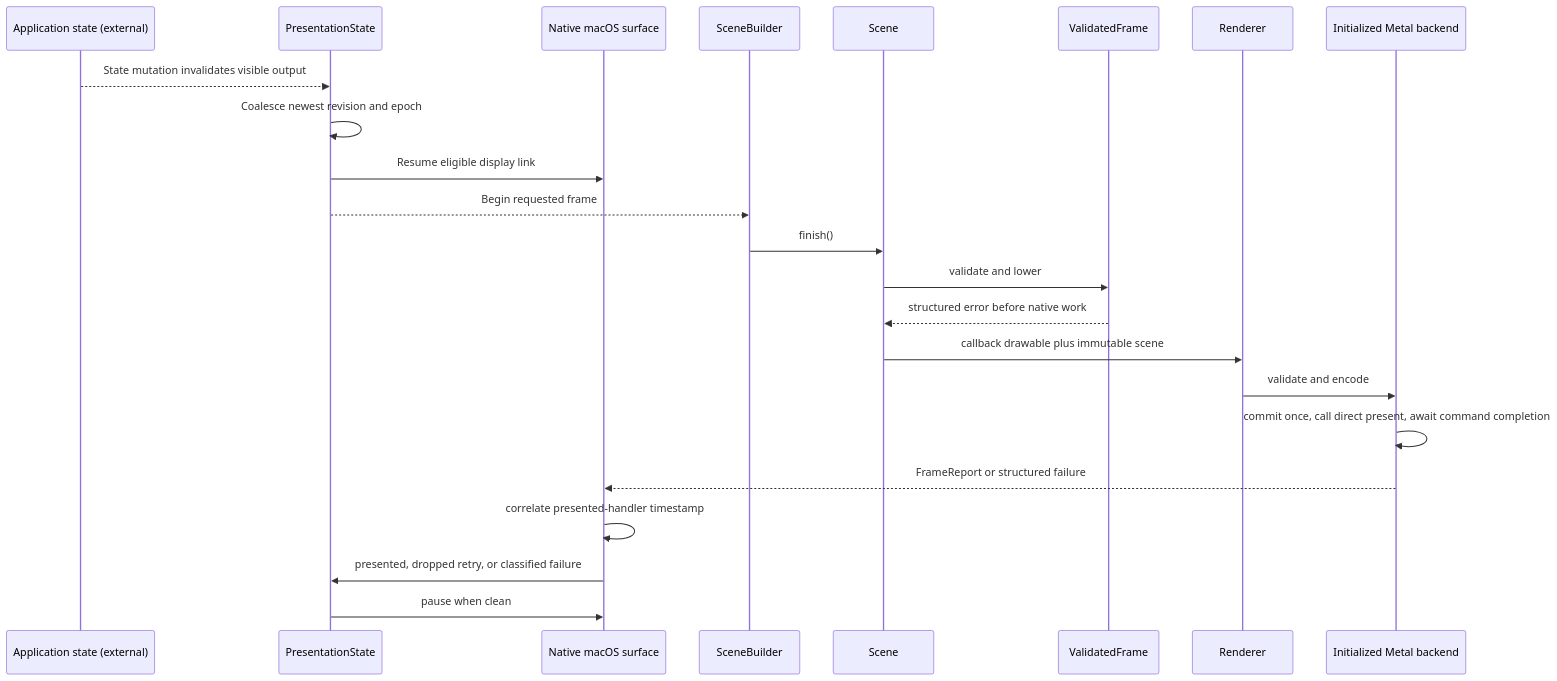
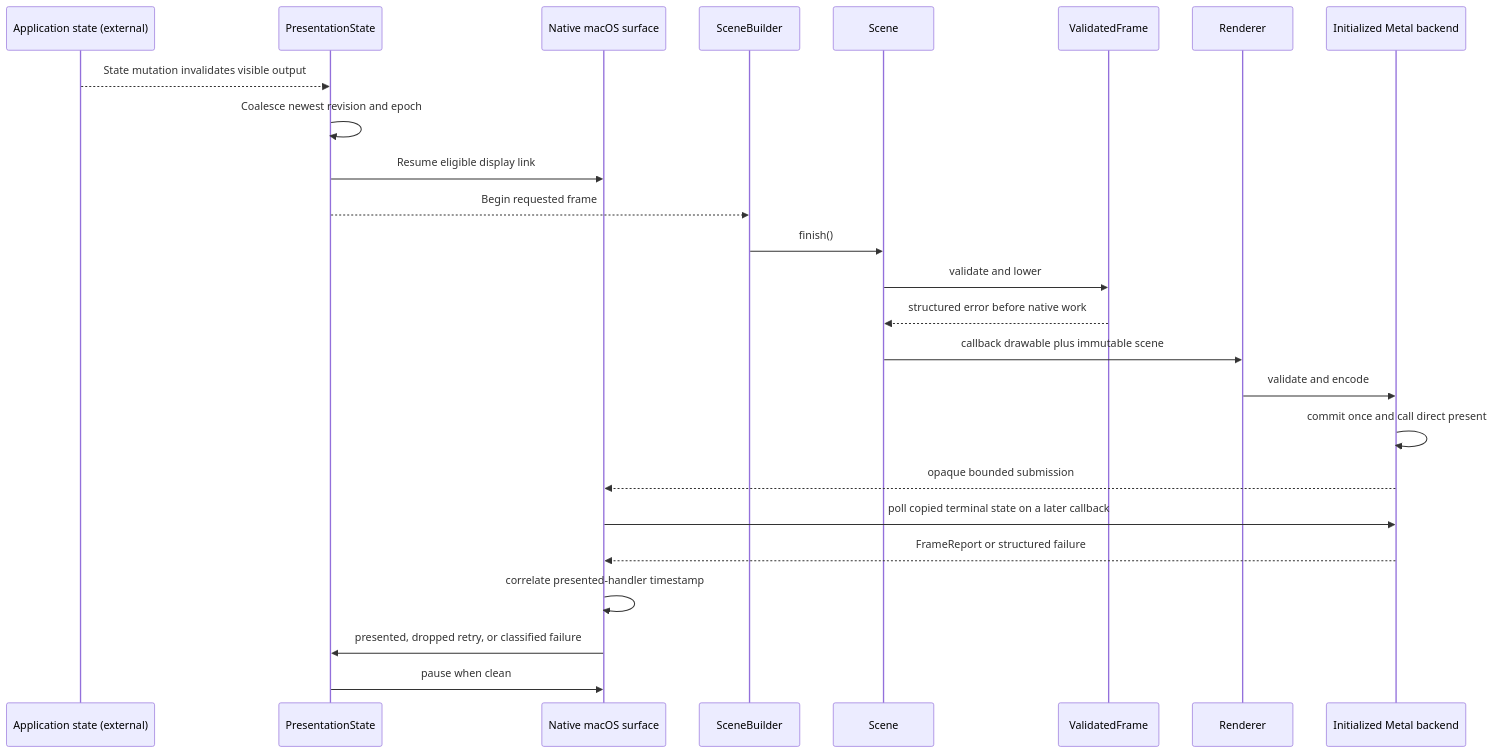
Before and after one commit to dbuddha/alpine-gpui: the third of 7 diagrams in ARCHITECTURE.md, drawn with Mermaid. The commit also changed other lines of this file and 5 other files, not shown here.

````diff
--- a/ARCHITECTURE.md
+++ b/ARCHITECTURE.md
@@ -255,26 +257,28 @@
 ```mermaid
 sequenceDiagram
     participant App as Application state (external)
     participant Scheduler as PresentationState
     participant Surface as Native macOS surface
     participant Builder as SceneBuilder
     participant Scene
     participant Plan as ValidatedFrame
     participant Renderer
     participant Backend as Initialized Metal backend
 
     App-->>Scheduler: State mutation invalidates visible output
     Scheduler->>Scheduler: Coalesce newest revision and epoch
     Scheduler->>Surface: Resume eligible display link
     Scheduler-->>Builder: Begin requested frame
     Builder->>Scene: finish()
     Scene->>Plan: validate and lower
     Plan-->>Scene: structured error before native work
     Scene->>Renderer: callback drawable plus immutable scene
     Renderer->>Backend: validate and encode
-    Backend->>Backend: commit once, call direct present, await command completion
+    Backend->>Backend: commit once and call direct present
+    Backend-->>Surface: opaque bounded submission
+    Surface->>Backend: poll copied terminal state on a later callback
     Backend-->>Surface: FrameReport or structured failure
     Surface->>Surface: correlate presented-handler timestamp
     Surface->>Scheduler: presented, dropped retry, or classified failure
     Scheduler->>Surface: pause when clean
 ```
````
